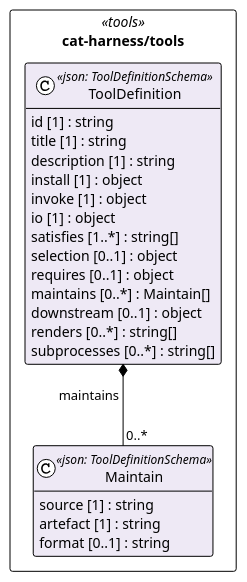
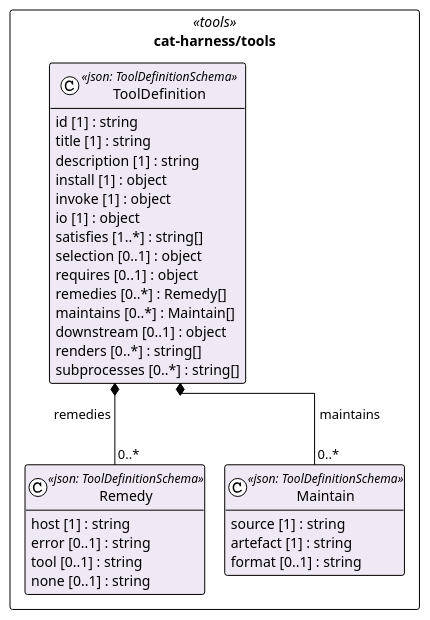
The diagram in cat-harness/uml/overview/cat-harness/tools.puml (litlfred/folio-assistant), drawn with PlantUML before and after one commit. The commit also changed 92 other files, not shown here.

First line of the commit message:
tools: `remedies` per host on every network Tool, a gate, and `tools:remedy` lookup (6mk7)

```diff
--- a/cat-harness/uml/overview/cat-harness/tools.puml
+++ b/cat-harness/uml/overview/cat-harness/tools.puml
@@ -3,33 +3,41 @@
 @startuml cat_harness_tools
 !pragma layout elk
 !theme plain
 skinparam classAttributeIconSize 0
 skinparam shadowing false
 skinparam packageStyle rectangle
 hide empty methods
 
 package "cat-harness/tools" as pkg_cat_harness_tools <<tools>> {
+  class "Remedy" as cat_harness_tools_Remedy <<json: ToolDefinitionSchema>> #eee9f5 {
+    host [1] : string
+    error [0..1] : string
+    tool [0..1] : string
+    none [0..1] : string
+  }
   class "Maintain" as cat_harness_tools_Maintain <<json: ToolDefinitionSchema>> #eee9f5 {
     source [1] : string
     artefact [1] : string
     format [0..1] : string
   }
   class "ToolDefinition" as cat_harness_tools_ToolDefinition <<json: ToolDefinitionSchema>> #eee9f5 {
     id [1] : string
     title [1] : string
     description [1] : string
     install [1] : object
     invoke [1] : object
     io [1] : object
     satisfies [1..*] : string[]
     selection [0..1] : object
     requires [0..1] : object
+    remedies [0..*] : Remedy[]
     maintains [0..*] : Maintain[]
     downstream [0..1] : object
     renders [0..*] : string[]
     subprocesses [0..*] : string[]
   }
 }
 
+cat_harness_tools_ToolDefinition *-- "0..*" cat_harness_tools_Remedy : remedies
 cat_harness_tools_ToolDefinition *-- "0..*" cat_harness_tools_Maintain : maintains
 @enduml
```
